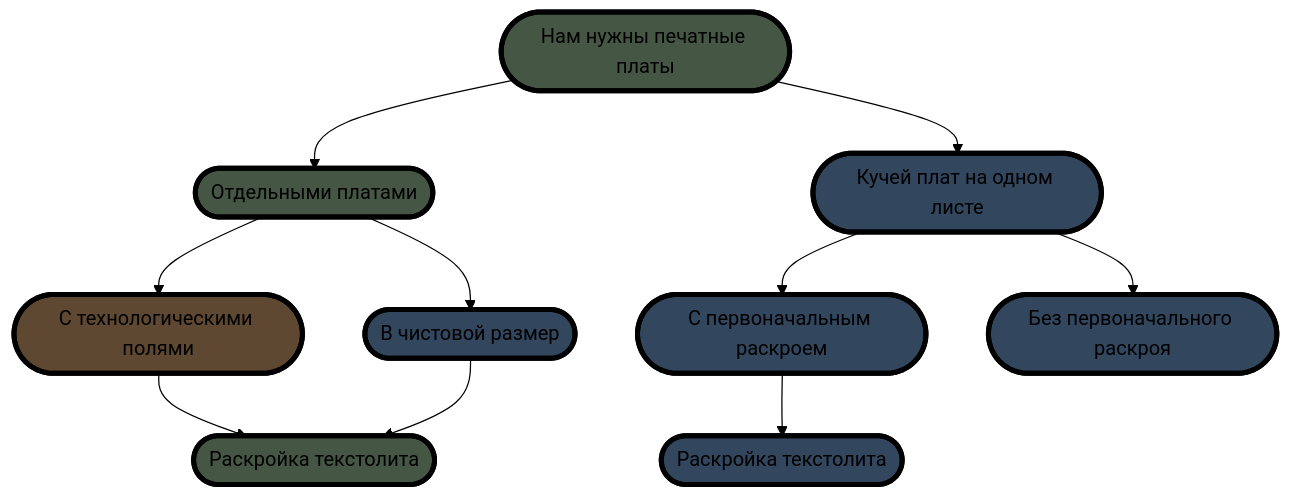
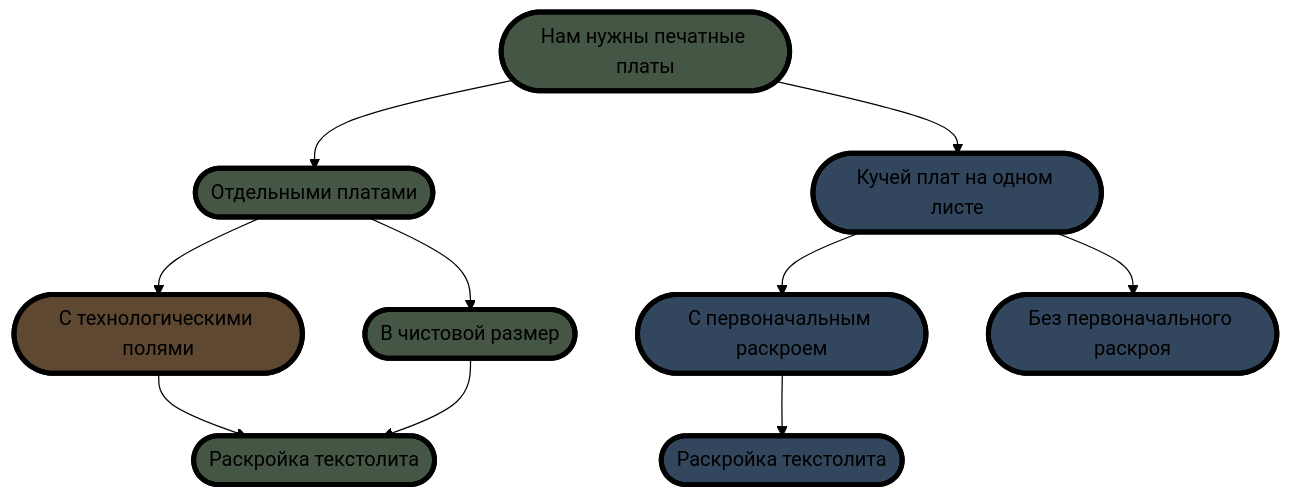
The second of 2 diagrams in README.md (ufrs12/OLTA-RU), drawn with Mermaid (forest theme) before and after one commit.

````diff
--- a/README.md
+++ b/README.md
@@ -37,29 +37,29 @@
 ```mermaid
 graph TD;
 classDef class1 fill:#544457, stroke:#000, stroke-width:4px
 classDef class2 fill:#32465e, stroke:#000, stroke-width:4px
 classDef class3 fill:#455744, stroke:#000, stroke-width:4px
 classDef class4 fill:#5e4832, stroke:#000, stroke-width:4px
 classDef class5 fill:#5e3332, stroke:#000, stroke-width:4px
 
     Z([Нам нужны печатные платы]):::class3
     A([Отдельными платами]):::class3
     B([Кучей плат на одном листе]):::class2
     C([С технологическими полями]):::class4
-    D([В чистовой размер]):::class2
+    D([В чистовой размер]):::class3
     E([С первоначальным раскроем]):::class2
     F([Без первоначального раскроя]):::class2
     G([Раскройка текстолита]):::class3
     H([Раскройка текстолита]):::class2
     Z-->A;
     Z-->B;
 
     A-->C;
     A-->D;
     C-->G;
     D-->G;
 
     B-->E;
     B-->F;
     E-->H;
 ```
````
